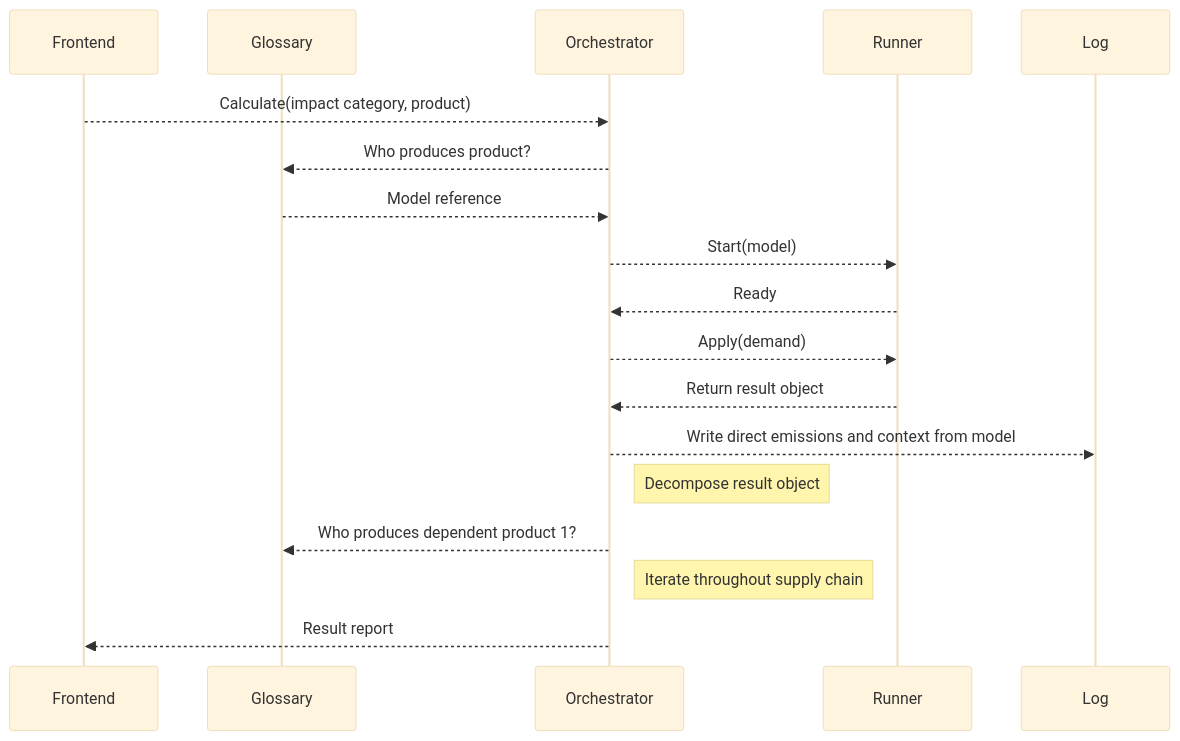
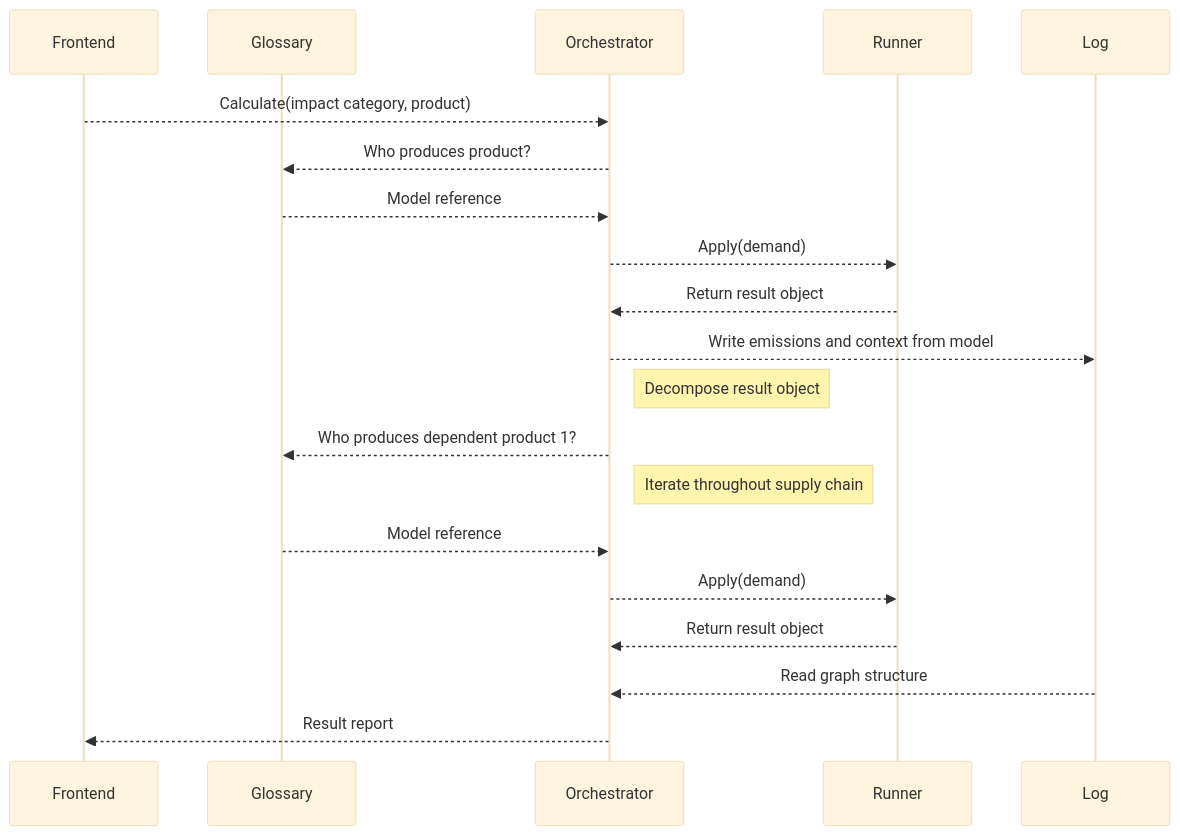
One commit to sentier-dev/sentier.dev changed the second of 2 diagrams in Sequence diagrams/README.md. Above: the diagram before and after it, drawn with Mermaid (base theme).

````diff
--- a/Sequence diagrams/README.md
+++ b/Sequence diagrams/README.md
@@ -15,20 +15,22 @@
 ```mermaid
 sequenceDiagram
     participant Frontend
     participant Glossary
     participant Orchestrator
     participant Runner
     participant Log
     Frontend-->>Orchestrator: Calculate(impact category, product)
     Orchestrator-->>Glossary: Who produces product?
     Glossary-->>Orchestrator: Model reference
-    Orchestrator-->>Runner: Start(model)
-    Runner-->>Orchestrator: Ready
     Orchestrator-->>Runner: Apply(demand)
     Runner-->>Orchestrator: Return result object
-    Orchestrator-->>Log: Write direct emissions and context from model
+    Orchestrator-->>Log: Write emissions and context from model
     Note right of Orchestrator: Decompose result object
     Orchestrator-->>Glossary: Who produces dependent product 1? 
     Note right of Orchestrator: Iterate throughout supply chain
+    Glossary-->>Orchestrator: Model reference
+    Orchestrator-->>Runner: Apply(demand)
+    Runner-->>Orchestrator: Return result object
+    Log-->>Orchestrator: Read graph structure
     Orchestrator-->>Frontend: Result report
 ```
````
